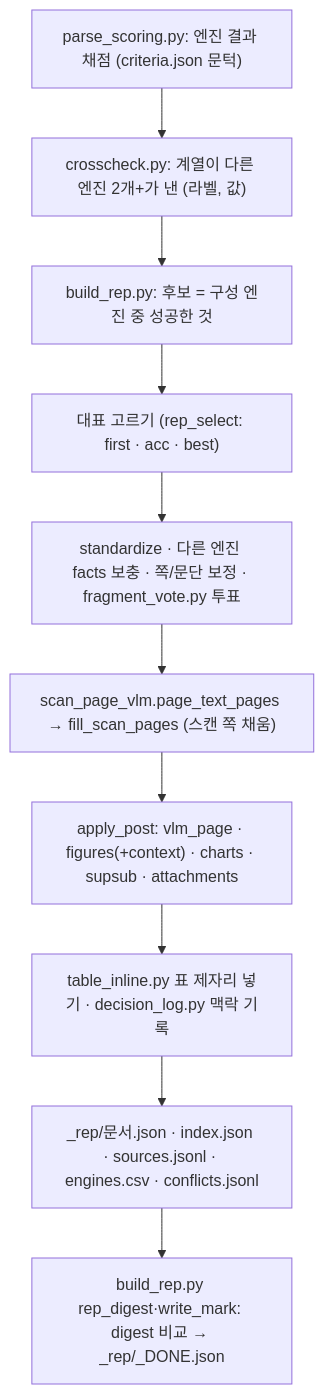
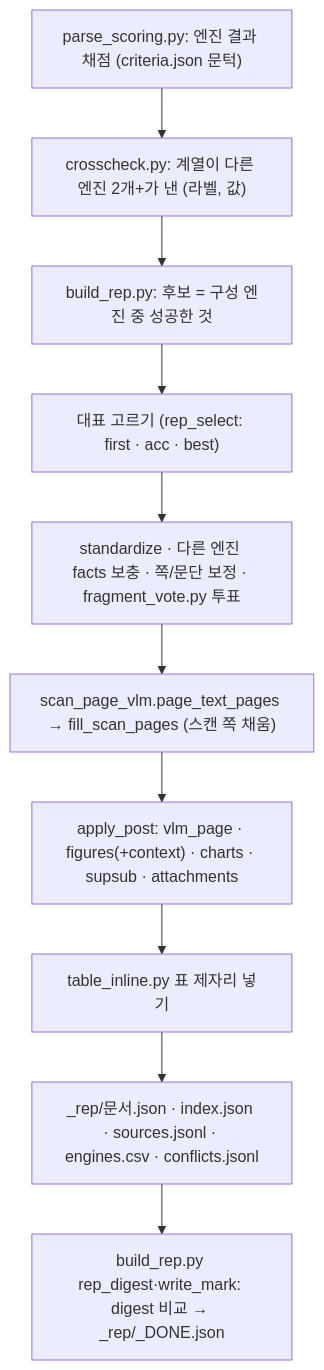
One commit to gigasamba/sbl_data_parsing changed the fifth of 11 diagrams in docs/architecture/parse_flow.md. Above: the diagram before and after it, drawn with Mermaid. The commit also changed other lines of this file and 5 other files, not shown here.

First line of the commit message:
rn-07: delete decision_log (rep.context/rep.decisions had no reader - user 11-05)

````diff
--- a/docs/architecture/parse_flow.md
+++ b/docs/architecture/parse_flow.md
@@ -167,14 +167,14 @@
 ```mermaid
 flowchart TD
     Q["parse_scoring.py: 엔진 결과 채점 (criteria.json 문턱)"]
     X["crosscheck.py: 계열이 다른 엔진 2개+가 낸 (라벨, 값)"]
     R1["build_rep.py: 후보 = 구성 엔진 중 성공한 것"]
     R2["대표 고르기 (rep_select: first · acc · best)"]
     R3["standardize · 다른 엔진 facts 보충 · 쪽/문단 보정 · fragment_vote.py 투표"]
     R4["scan_page_vlm.page_text_pages → fill_scan_pages (스캔 쪽 채움)"]
     R5["apply_post: vlm_page · figures(+context) · charts · supsub · attachments"]
-    R6["table_inline.py 표 제자리 넣기 · decision_log.py 맥락 기록"]
+    R6["table_inline.py 표 제자리 넣기"]
     O["_rep/문서.json · index.json · sources.jsonl · engines.csv · conflicts.jsonl"]
     M["build_rep.py rep_digest·write_mark: digest 비교 → _rep/_DONE.json"]
     Q --> X --> R1 --> R2 --> R3 --> R4 --> R5 --> R6 --> O --> M
 ```
````
